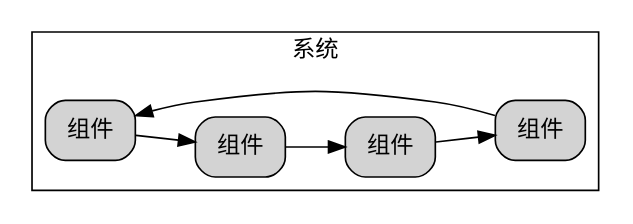
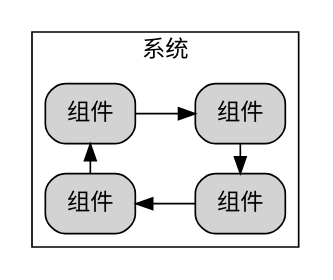
Before and after one commit to chaozhang2000/soa: the diagram in parts/definition1.dot, drawn with Graphviz. The commit also changed 2 other files, not shown here.

```diff
--- a/parts/definition1.dot
+++ b/parts/definition1.dot
@@ -1,15 +1,17 @@
 digraph G {
   graph [rankdir=LR,compound=true];
   node [shape=box, style="rounded,filled"];
 subgraph cluster_MOSA_benefits{
 	label="系统"
 	node1[label="组件"]
 	node2[label="组件"]
 	node3[label="组件"]
 	node4[label="组件"]
 	node1 -> node2
 	node2->node3
 	node3 ->node4
 	node4 -> node1
+	{rank=same;node1;node4}
+	{rank=same;node2;node3}
 }
 }
```
